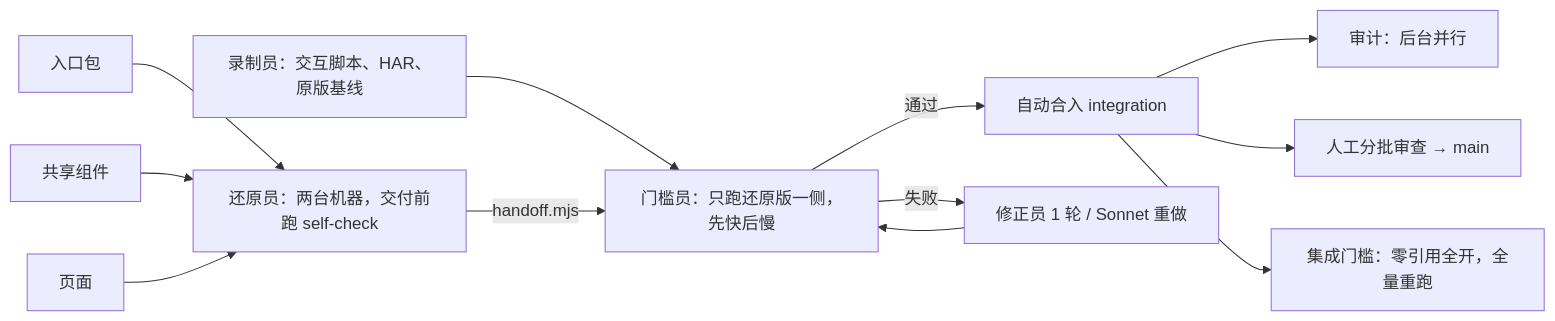
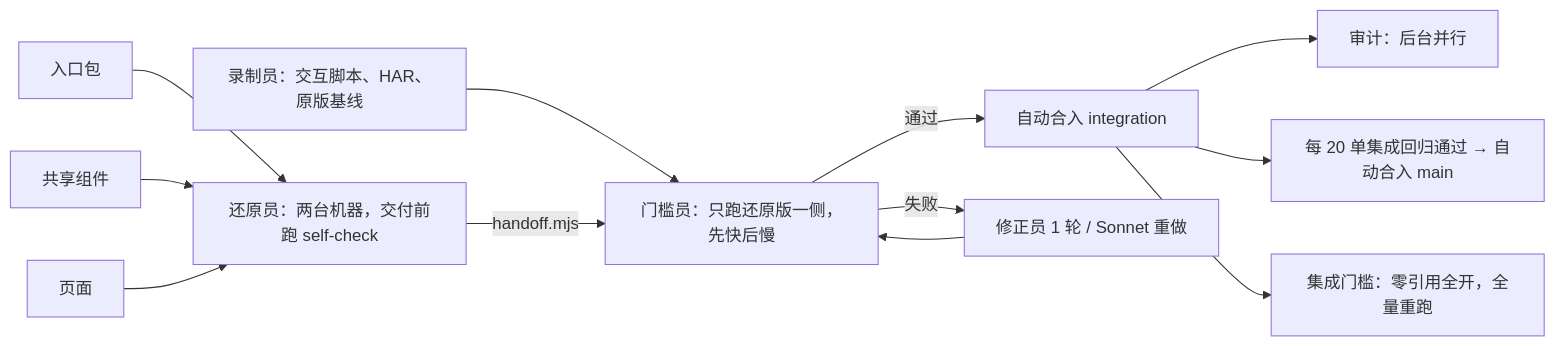
The diagram in docs/pipeline.md (libingtong/hmrsfw-restore), drawn with Mermaid before and after one commit. The commit also changed other lines of this file and 1 other file, not shown here.

````diff
--- a/docs/pipeline.md
+++ b/docs/pipeline.md
@@ -48,14 +48,14 @@
 ```mermaid
 flowchart LR
   R[录制员：交互脚本、HAR、原版基线] --> G
   E[入口包] --> W
   S[共享组件] --> W
   P[页面] --> W
   W[还原员：两台机器，交付前跑 self-check] -->|handoff.mjs| G
   G[门槛员：只跑还原版一侧，先快后慢] -->|通过| I[自动合入 integration]
   G -->|失败| F[修正员 1 轮 / Sonnet 重做]
   F --> G
   I --> A[审计：后台并行]
-  I --> H[人工分批审查 → main]
+  I --> H[每 20 单集成回归通过 → 自动合入 main]
   I --> X[集成门槛：零引用全开，全量重跑]
 ```
````
